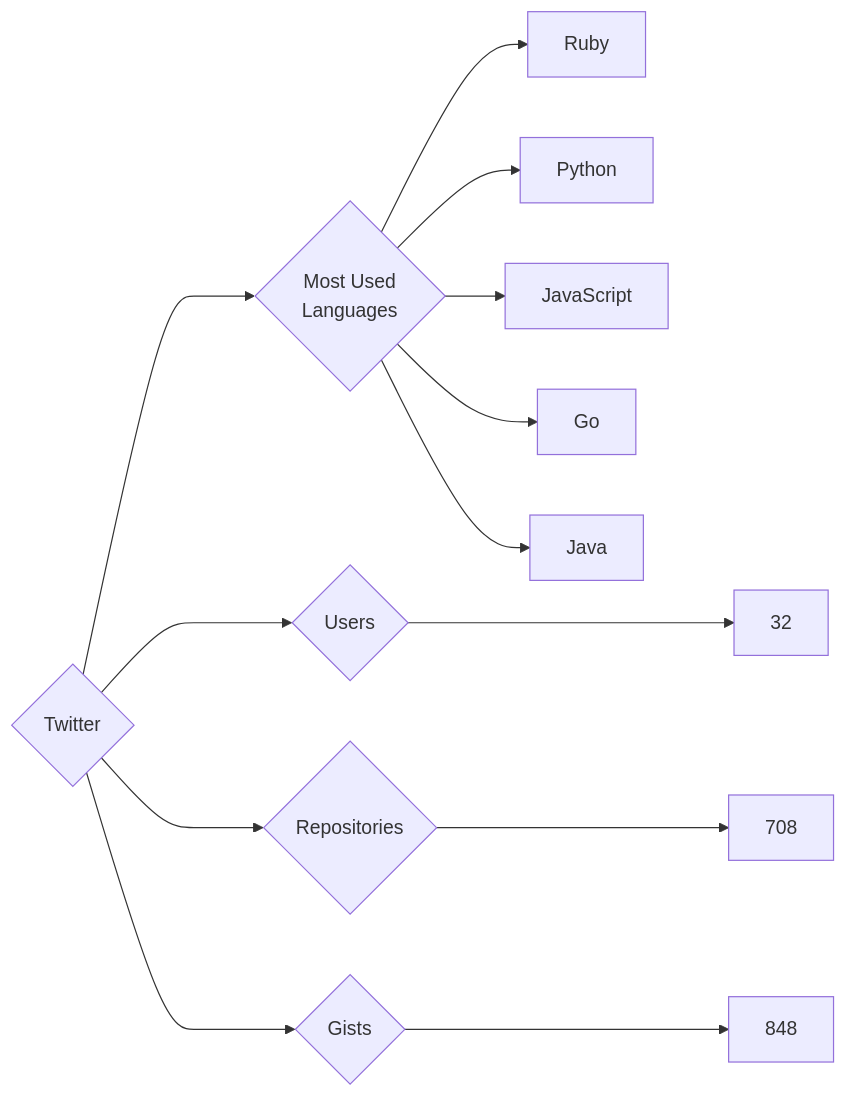
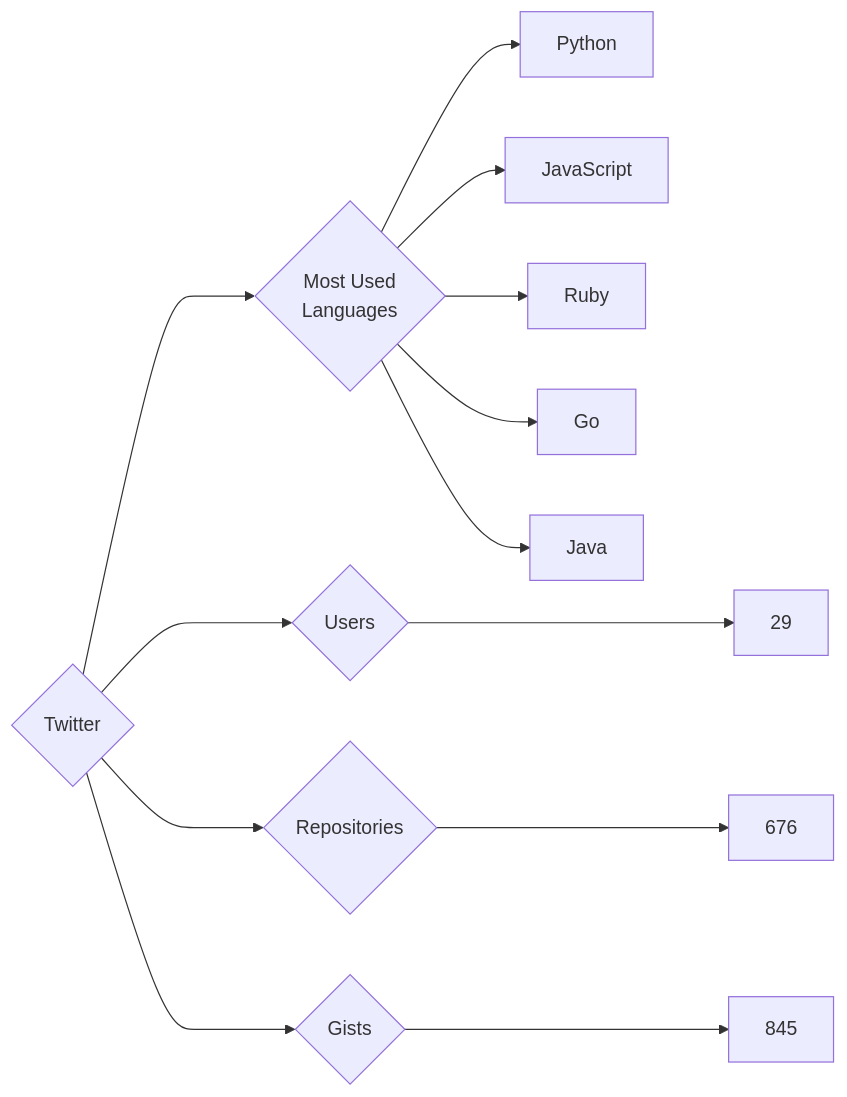
Before and after one commit to trickest/insiders: the diagram in targets/Twitter/README.md, drawn with Mermaid. The commit also changed 903 other files, not shown here.

````diff
--- a/targets/Twitter/README.md
+++ b/targets/Twitter/README.md
@@ -3,13 +3,13 @@
 ```mermaid
 graph LR
 COMPANY_NAME{Twitter}
-COMPANY_NAME ---> U{Users} ---> UN[32]
-COMPANY_NAME ---> R{Repositories} ---> RN[708]
-COMPANY_NAME ---> G{Gists} ---> GN[848]
+COMPANY_NAME ---> U{Users} ---> UN[29]
+COMPANY_NAME ---> R{Repositories} ---> RN[676]
+COMPANY_NAME ---> G{Gists} ---> GN[845]
 COMPANY_NAME ---> ML{Most Used<br>Languages}
-ML --> Ruby[Ruby]
 ML --> Python[Python]
 ML --> JavaScript[JavaScript]
+ML --> Ruby[Ruby]
 ML --> Go[Go]
 ML --> Java[Java]
 ```
````
